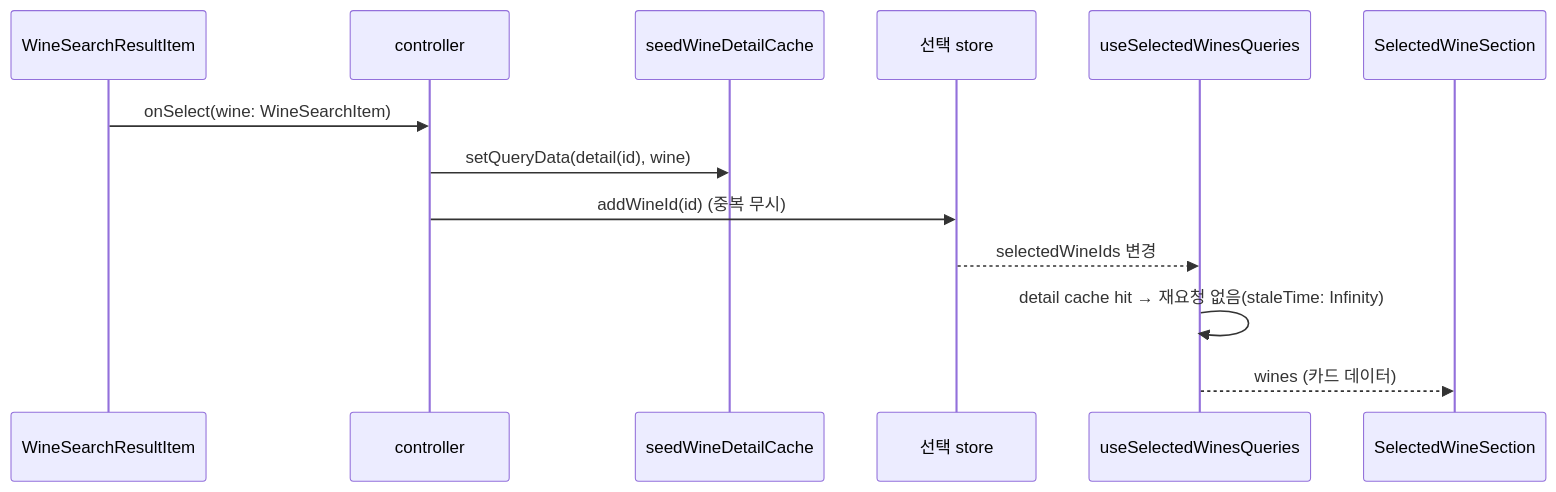
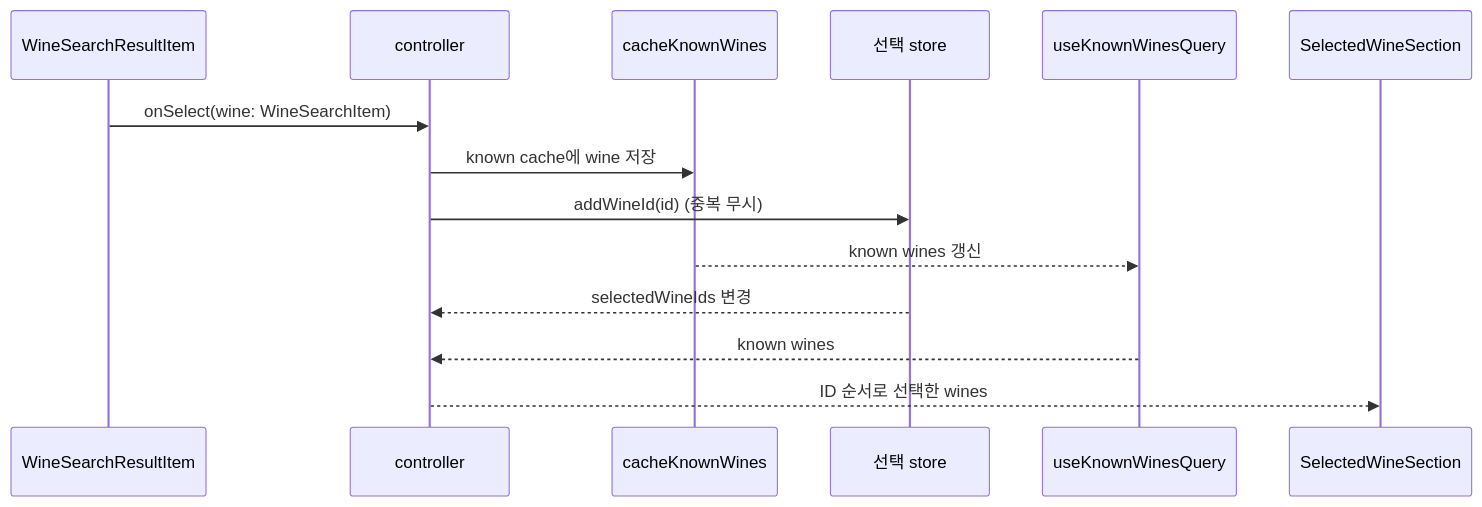
One commit to yoounyoungheon/WaMaDae changed the fourth of 5 diagrams in docs/wine-list-select-architecture.md. Above: the diagram before and after it, drawn with Mermaid. The commit also changed other lines of this file and 13 other files, not shown here.

````diff
--- a/docs/wine-list-select-architecture.md
+++ b/docs/wine-list-select-architecture.md
@@ -296,16 +297,17 @@
 ```mermaid
 sequenceDiagram
   participant IT as WineSearchResultItem
   participant C as controller
-  participant Seed as seedWineDetailCache
+  participant Cache as cacheKnownWines
   participant St as 선택 store
-  participant DQ as useSelectedWinesQueries
+  participant KQ as useKnownWinesQuery
   participant Sec as SelectedWineSection
 
   IT->>C: onSelect(wine: WineSearchItem)
-  C->>Seed: setQueryData(detail(id), wine)
+  C->>Cache: known cache에 wine 저장
   C->>St: addWineId(id)  (중복 무시)
-  St-->>DQ: selectedWineIds 변경
-  DQ->>DQ: detail cache hit → 재요청 없음(staleTime: Infinity)
-  DQ-->>Sec: wines (카드 데이터)
+  Cache-->>KQ: known wines 갱신
+  St-->>C: selectedWineIds 변경
+  KQ-->>C: known wines
+  C-->>Sec: ID 순서로 선택한 wines
 ```
````
